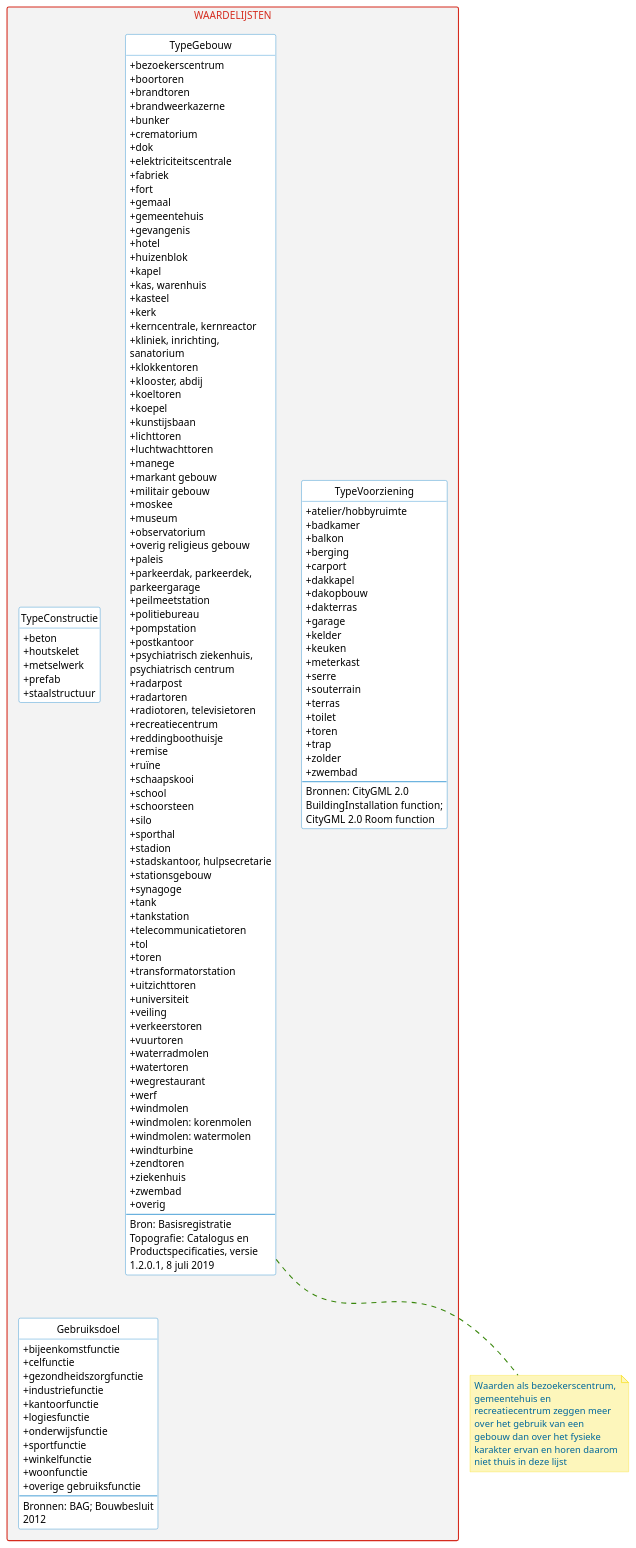
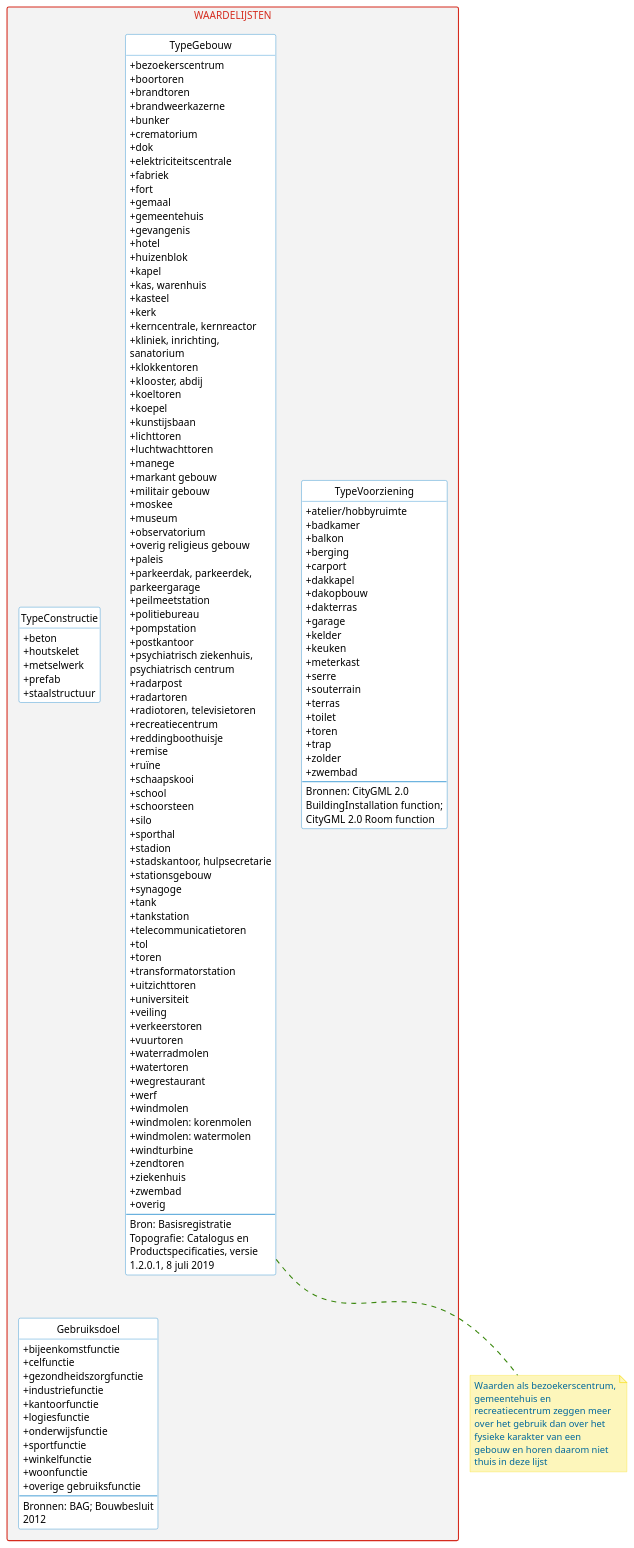
One commit to geobasisregistraties/werkgroep-bouwwerken changed the diagram in model/waardelijsten.puml. Above: the diagram before and after it, drawn with PlantUML.

```diff
--- a/model/waardelijsten.puml
+++ b/model/waardelijsten.puml
@@ -248,6 +248,6 @@
 
 }
 
-note bottom of TypeGebouw : Waarden als bezoekerscentrum, gemeentehuis en recreatiecentrum zeggen meer over het gebruik van een gebouw dan over het fysieke karakter ervan en horen daarom niet thuis in deze lijst
+note bottom of TypeGebouw : Waarden als bezoekerscentrum, gemeentehuis en recreatiecentrum zeggen meer over het gebruik dan over het fysieke karakter van een gebouw en horen daarom niet thuis in deze lijst
 
 @enduml
```
